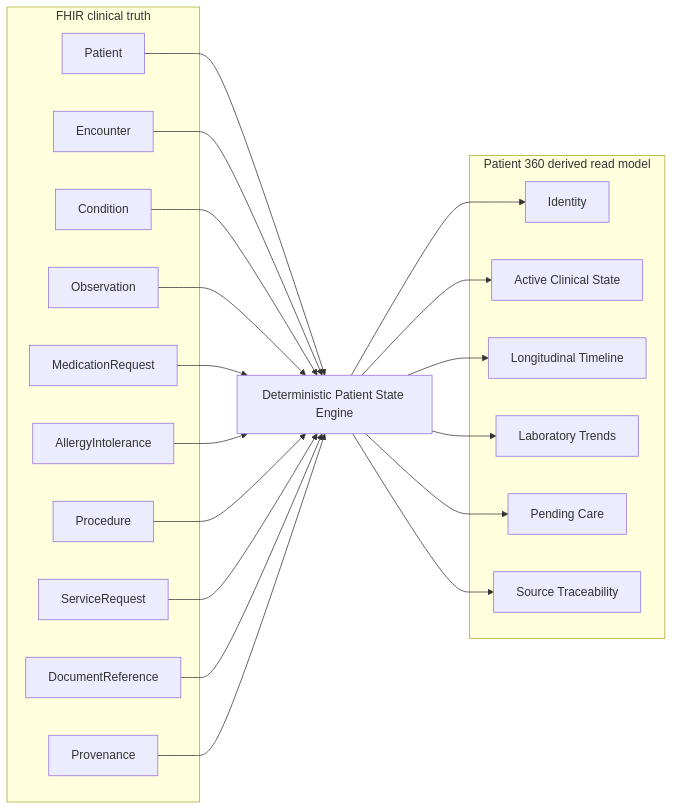
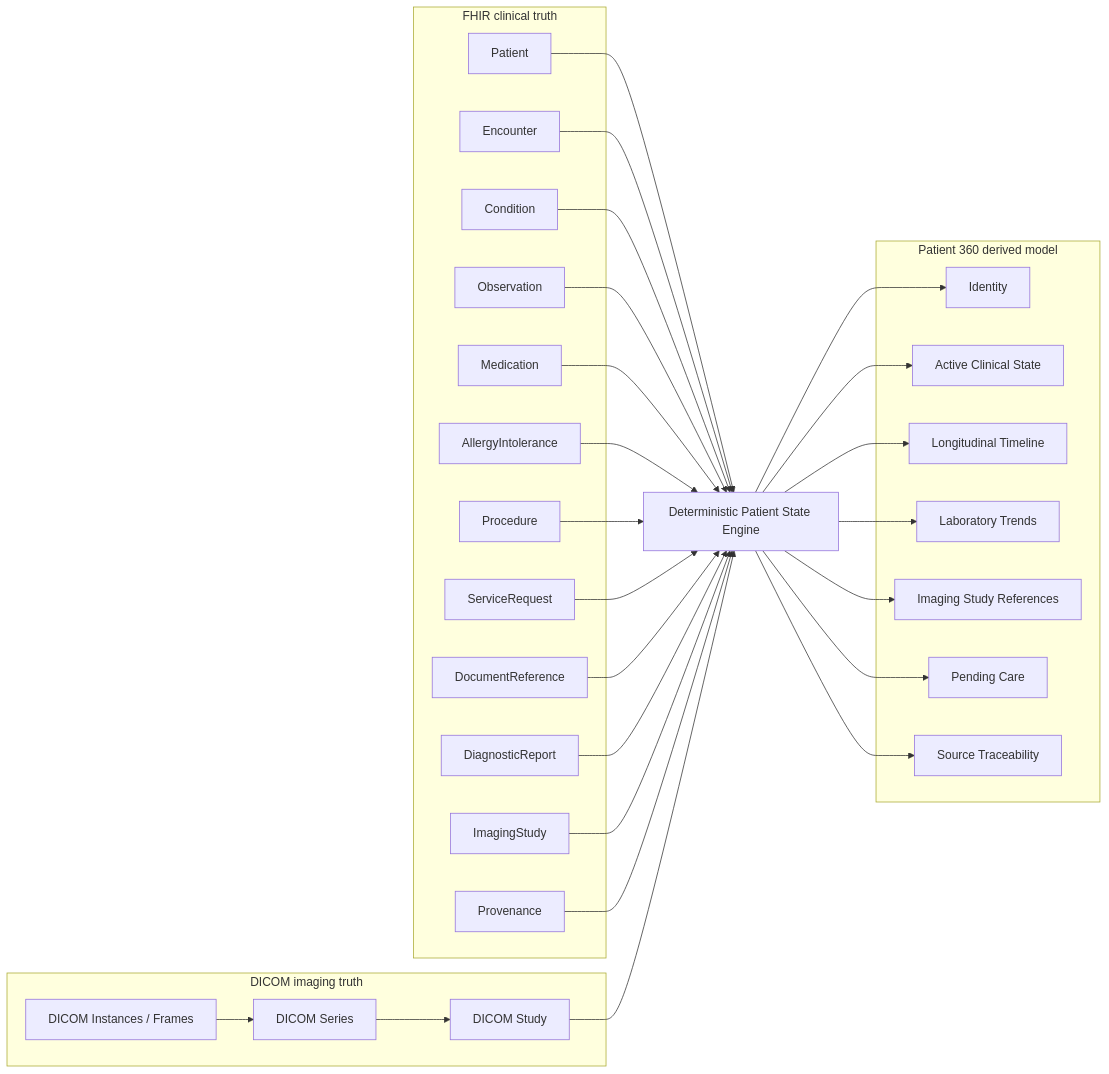
Before and after one commit to DiogoRibeiro7/sns-patient-360: the fifth of 7 diagrams in docs/architecture/system-architecture.md, drawn with Mermaid. The commit also changed other lines of this file, not shown here.

Commit message:
docs: update all system diagrams for imaging plane

````diff
--- a/docs/architecture/system-architecture.md
+++ b/docs/architecture/system-architecture.md
@@ -129,44 +171,60 @@
 ```mermaid
 flowchart LR
-    subgraph FHIR[FHIR clinical truth]
+    subgraph Clinical[FHIR clinical truth]
         PAT[Patient]
         ENC[Encounter]
         COND[Condition]
         OBS[Observation]
-        MED[MedicationRequest]
+        MED[Medication]
         ALLERGY[AllergyIntolerance]
         PROC[Procedure]
         SR[ServiceRequest]
         DOC[DocumentReference]
+        REPORT[DiagnosticReport]
+        IMGSTUDY[ImagingStudy]
         PROV[Provenance]
+    end
+
+    subgraph Imaging[DICOM imaging truth]
+        STUDY[DICOM Study]
+        SERIES[DICOM Series]
+        INSTANCE[DICOM Instances / Frames]
     end
 
     ENGINE[Deterministic Patient State Engine]
 
-    subgraph P360[Patient 360 derived read model]
+    subgraph Read[Patient 360 derived model]
         ID[Identity]
         ACTIVE[Active Clinical State]
         TIMELINE[Longitudinal Timeline]
         TRENDS[Laboratory Trends]
+        IMAGING[Imaging Study References]
         PENDING[Pending Care]
         SOURCES[Source Traceability]
     end
 
     PAT --> ENGINE
     ENC --> ENGINE
     COND --> ENGINE
     OBS --> ENGINE
     MED --> ENGINE
     ALLERGY --> ENGINE
     PROC --> ENGINE
     SR --> ENGINE
     DOC --> ENGINE
+    REPORT --> ENGINE
+    IMGSTUDY --> ENGINE
     PROV --> ENGINE
+    STUDY --> ENGINE
 
     ENGINE --> ID
     ENGINE --> ACTIVE
     ENGINE --> TIMELINE
     ENGINE --> TRENDS
+    ENGINE --> IMAGING
     ENGINE --> PENDING
     ENGINE --> SOURCES
+
+    SERIES --> STUDY
+    INSTANCE --> SERIES
 ```
````
